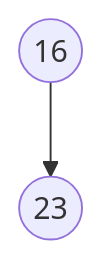
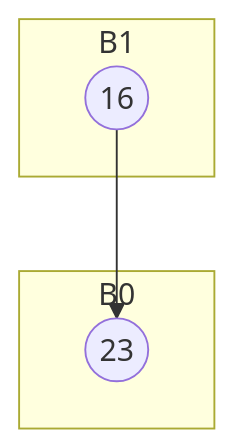
One commit to Tiggax/Zapiski changed the fourth of 6 diagrams in 2. Letnik/Podatkovne strukture in algoritmi/vaje 15-12-2021.md. Above: the diagram before and after it, drawn with Mermaid. The commit also changed other lines of this file, not shown here.

````diff
--- a/2. Letnik/Podatkovne strukture in algoritmi/vaje 15-12-2021.md
+++ b/2. Letnik/Podatkovne strukture in algoritmi/vaje 15-12-2021.md
@@ -62,4 +62,10 @@
 ```mermaid
 graph TD
+subgraph B0
+23
+end
+subgraph B1
+16
+end
 16((16))-->23((23))
 ```
````
